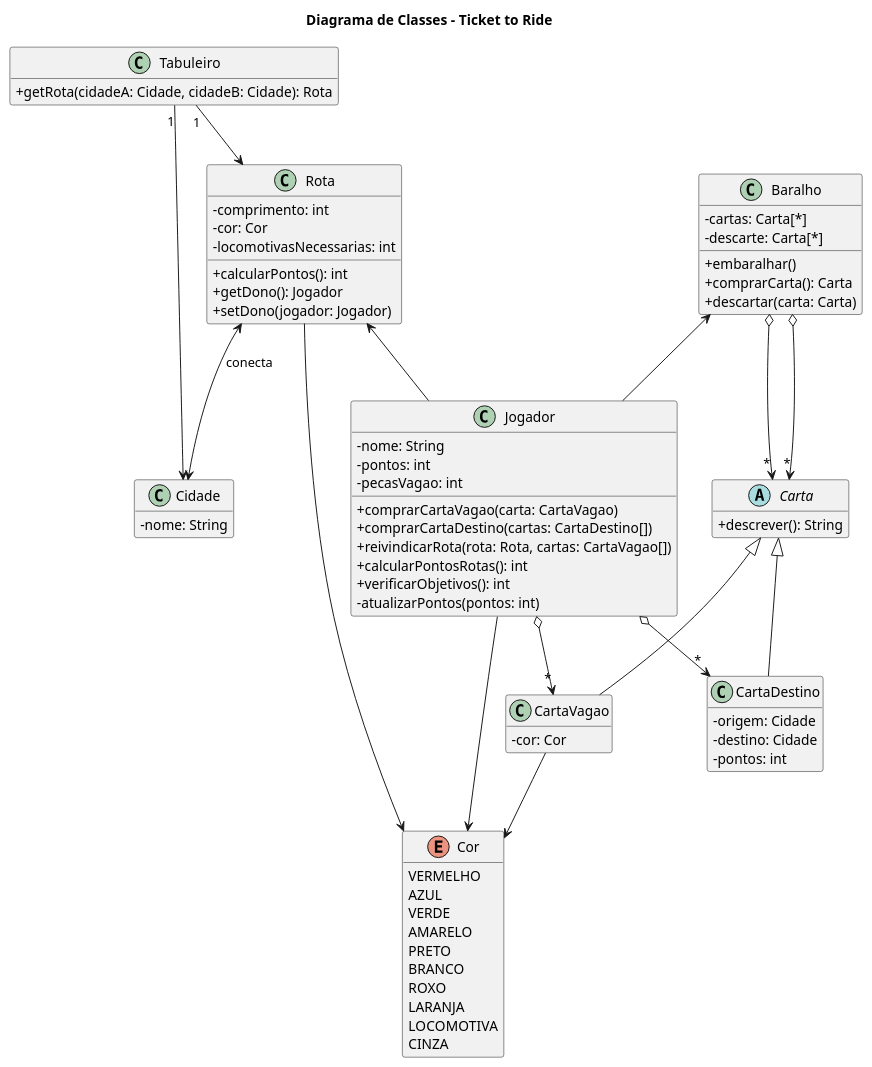
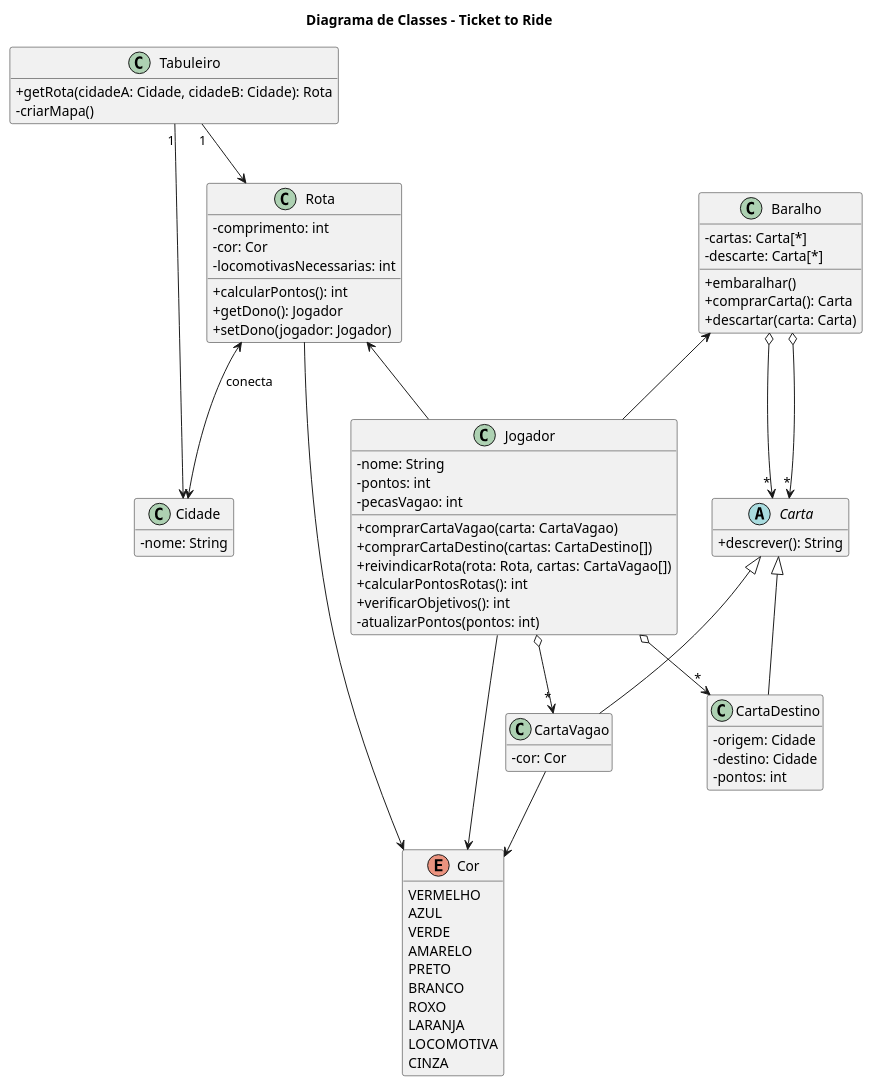
The diagram in docs/diagramas/Diagrama de Classes.puml (Langsch/ticket_to_ride), drawn with PlantUML before and after one commit. The commit also changed 1 other file, not shown here.

Commit message:
alteração diagrama de classes

```diff
--- a/docs/diagramas/Diagrama de Classes.puml
+++ b/docs/diagramas/Diagrama de Classes.puml
@@ -1,84 +1,85 @@
 @startuml Diagrama de classes
 skinparam classAttributeIconSize 0
 hide empty members
 title Diagrama de Classes - Ticket to Ride
 
 enum Cor {
   VERMELHO
   AZUL
   VERDE
   AMARELO
   PRETO
   BRANCO
   ROXO
   LARANJA
   LOCOMOTIVA
   CINZA
 }
 
 class Tabuleiro {
   + getRota(cidadeA: Cidade, cidadeB: Cidade): Rota
+  - criarMapa() 
 }
 
 class Cidade {
   - nome: String
 }
 
 class Rota {
   - comprimento: int
   - cor: Cor
   - locomotivasNecessarias: int
   + calcularPontos(): int
   + getDono(): Jogador
   + setDono(jogador: Jogador)
 }
 
 class Jogador {
   - nome: String
   - pontos: int
   - pecasVagao: int
   + comprarCartaVagao(carta: CartaVagao)
   + comprarCartaDestino(cartas: CartaDestino[])
   + reivindicarRota(rota: Rota, cartas: CartaVagao[])
   + calcularPontosRotas(): int
   + verificarObjetivos(): int
   - atualizarPontos(pontos: int)
 }
 
 abstract class Carta {
   + descrever(): String
 }
 
 class CartaVagao extends Carta {
   - cor: Cor
 }
 
 class CartaDestino extends Carta {
   - origem: Cidade
   - destino: Cidade
   - pontos: int
 }
 
 class Baralho {
   - cartas: Carta[*]
   - descarte: Carta[*]
   + embaralhar()
   + comprarCarta(): Carta
   + descartar(carta: Carta)
 }
 
 ' Relacionamentos
 Tabuleiro "1" -->  Cidade
 Tabuleiro "1" -->  Rota
 Rota <--> Cidade : conecta
 Rota <-- Jogador
 Baralho <-- Jogador
 Jogador o--> "*" CartaVagao
 Jogador o--> "*" CartaDestino
 Baralho o--> "*" Carta
 Baralho o--> "*" Carta
 Jogador --> Cor
 Rota --> Cor
 CartaVagao --> Cor
 
 @enduml
```
